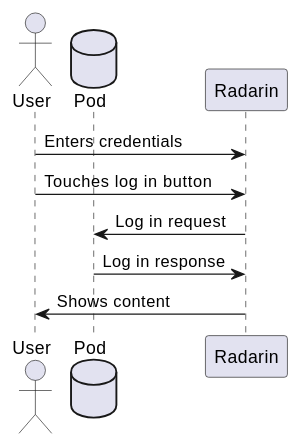
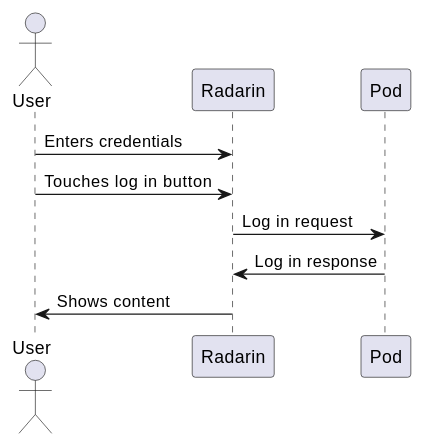
One commit to Arquisoft/radarin_es3a changed the first of 3 diagrams in webapp/docs/06_runtime_view.adoc. Above: the diagram before and after it, drawn with PlantUML. The commit also changed other lines of this file and 2 other files, not shown here.

```diff
--- a/webapp/docs/06_runtime_view.adoc
+++ b/webapp/docs/06_runtime_view.adoc
@@ -63,10 +13,9 @@
 [plantuml,"Log in diagram",png]
 ----
 actor User
-database Pod
 User -> Radarin: Enters credentials
 User -> Radarin: Touches log in button
 Radarin -> Pod: Log in request
 Pod -> Radarin: Log in response
 Radarin -> User: Shows content
 ----
```
